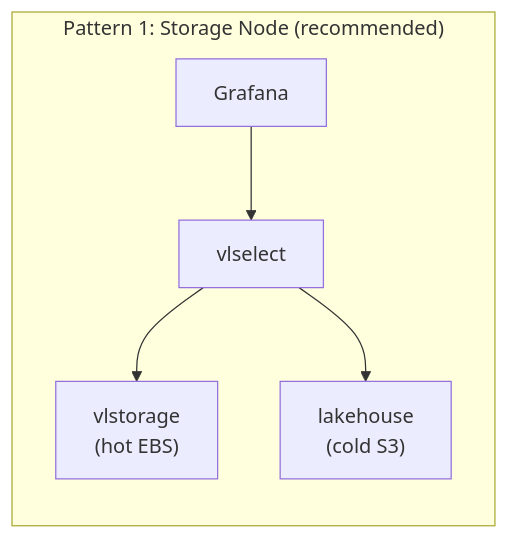
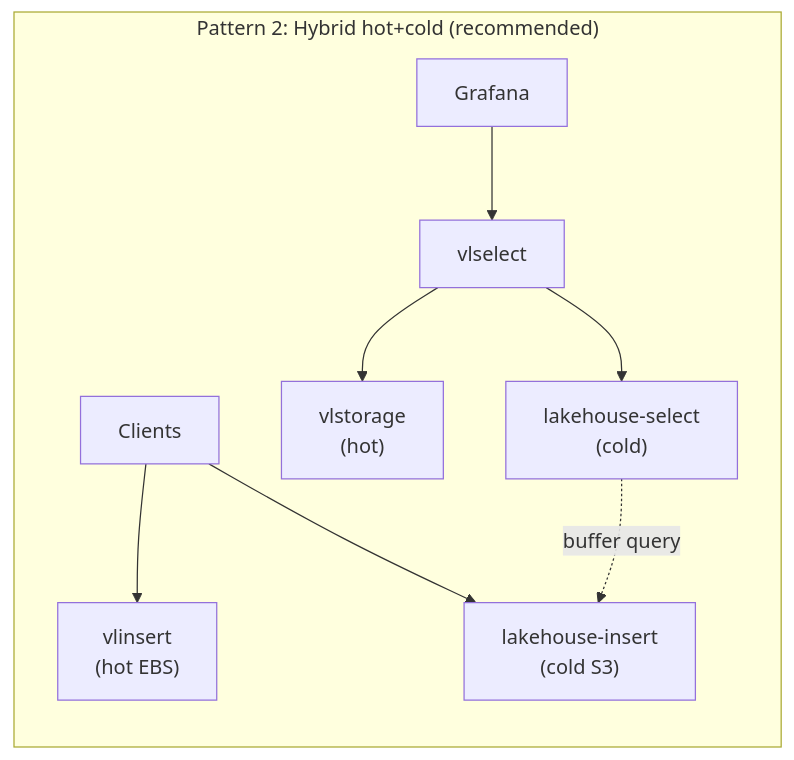
The fifth of 7 diagrams in README.md (ReliablyObserve/victoria-lakehouse), drawn with Mermaid before and after one commit. The commit also changed other lines of this file and 5 other files, not shown here.

````diff
--- a/README.md
+++ b/README.md
@@ -162,8 +185,11 @@
 ```mermaid
 graph LR
-    subgraph "Pattern 1: Storage Node (recommended)"
-        G1["Grafana"] --> VS1["vlselect"]
-        VS1 --> VLS1["vlstorage<br/>(hot EBS)"]
-        VS1 --> LH1["lakehouse<br/>(cold S3)"]
+    subgraph "Pattern 2: Hybrid hot+cold (recommended)"
+        C2["Clients"] --> VLI["vlinsert<br/>(hot EBS)"]
+        C2 --> LHI["lakehouse-insert<br/>(cold S3)"]
+        G2["Grafana"] --> VS2["vlselect"]
+        VS2 --> VLS2["vlstorage<br/>(hot)"]
+        VS2 --> LHS["lakehouse-select<br/>(cold)"]
+        LHS -.->|buffer query| LHI
     end
 ```
````
